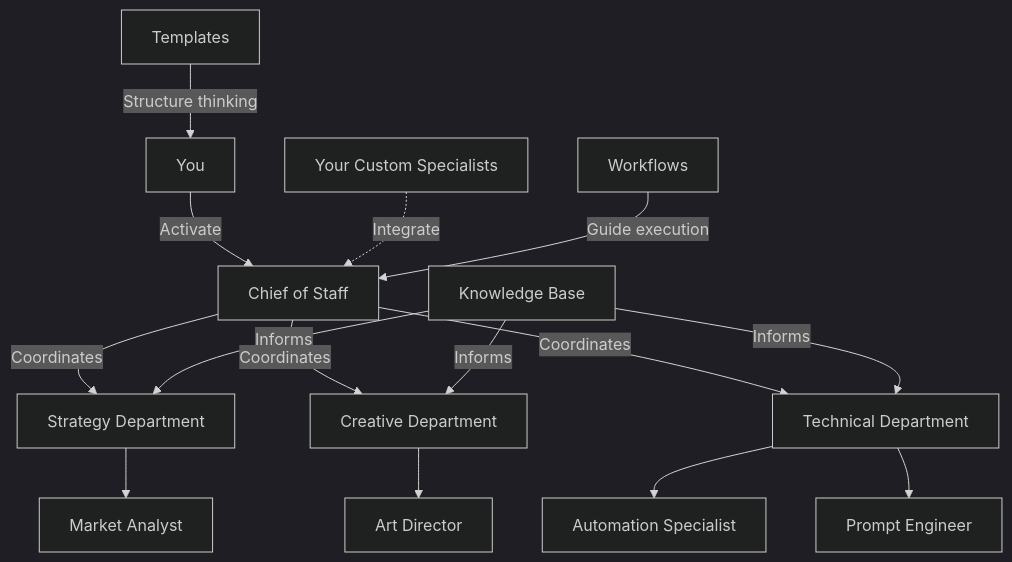
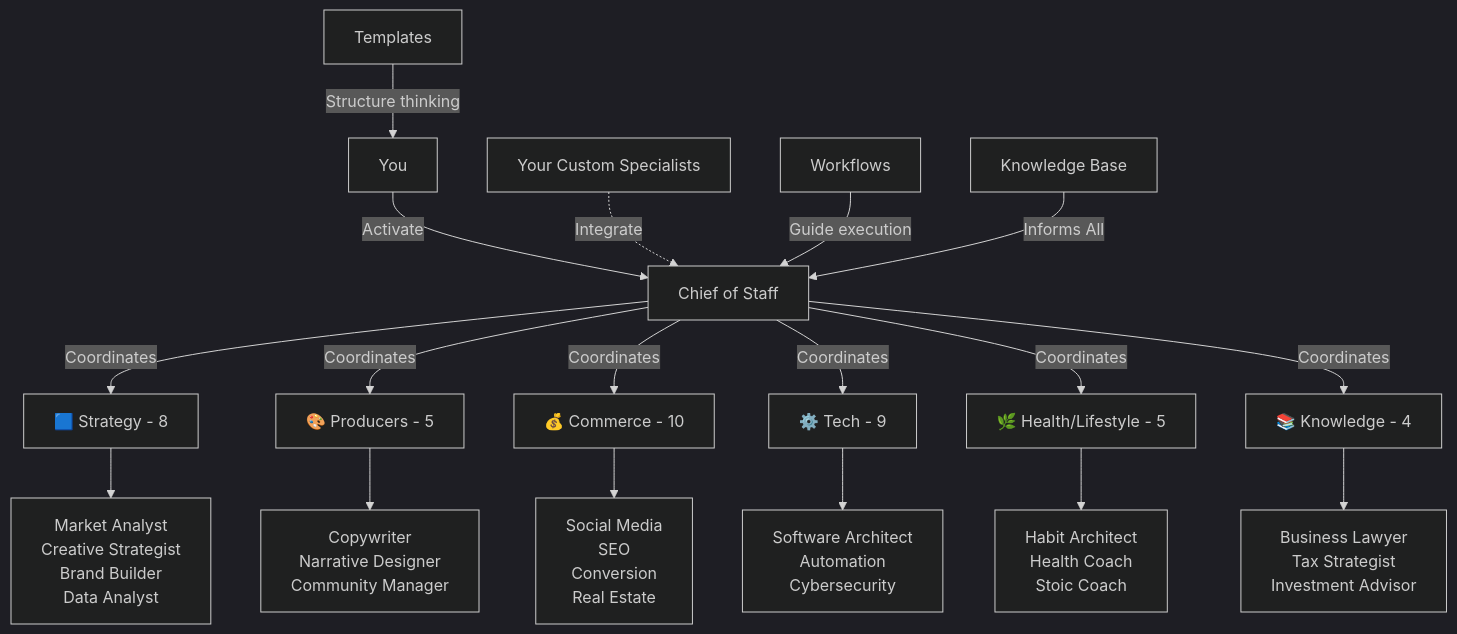
Before and after one commit to ryan258/AI-Staff-HQ: the diagram in README.md, drawn with Mermaid (dark theme). The commit also changed other lines of this file and 42 other files, not shown here.

````diff
--- a/README.md
+++ b/README.md
@@ -128,20 +145,23 @@
 ```mermaid
 graph TD
     A[You] -->|Activate| B[Chief of Staff]
-    B -->|Coordinates| C[Strategy Department]
-    B -->|Coordinates| D[Creative Department]
-    B -->|Coordinates| E[Technical Department]
+    B -->|Coordinates| C[🟦 Strategy - 8]
+    B -->|Coordinates| D[🎨 Producers - 5]
+    B -->|Coordinates| E[💰 Commerce - 10]
+    B -->|Coordinates| F[⚙️ Tech - 9]
+    B -->|Coordinates| G[🌿 Health/Lifestyle - 5]
+    B -->|Coordinates| H[📚 Knowledge - 4]
 
-    C --> F[Market Analyst]
-    D --> G[Art Director]
-    E --> H[Automation Specialist]
-    E --> I[Prompt Engineer]
+    C --> C1[Market Analyst<br/>Creative Strategist<br/>Brand Builder<br/>Data Analyst]
+    D --> D1[Copywriter<br/>Narrative Designer<br/>Community Manager]
+    E --> E1[Social Media<br/>SEO<br/>Conversion<br/>Real Estate]
+    F --> F1[Software Architect<br/>Automation<br/>Cybersecurity]
+    G --> G1[Habit Architect<br/>Health Coach<br/>Stoic Coach]
+    H --> H1[Business Lawyer<br/>Tax Strategist<br/>Investment Advisor]
 
-    J[Your Custom Specialists] -.->|Integrate| B
+    I[Your Custom Specialists] -.->|Integrate| B
 
     K[Templates] -->|Structure thinking| A
     L[Workflows] -->|Guide execution| B
-    M[Knowledge Base] -->|Informs| C
-    M -->|Informs| D
-    M -->|Informs| E
+    M[Knowledge Base] -->|Informs All| B
 ```
````
